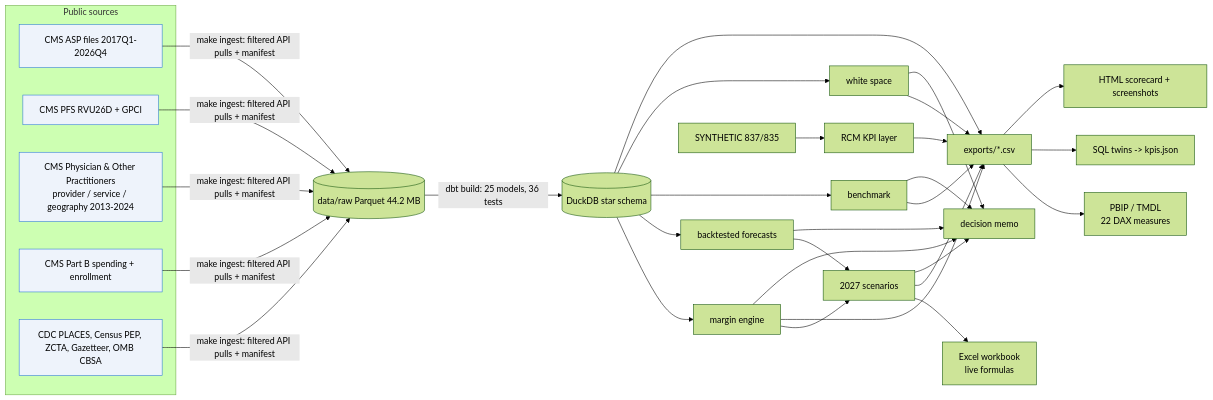
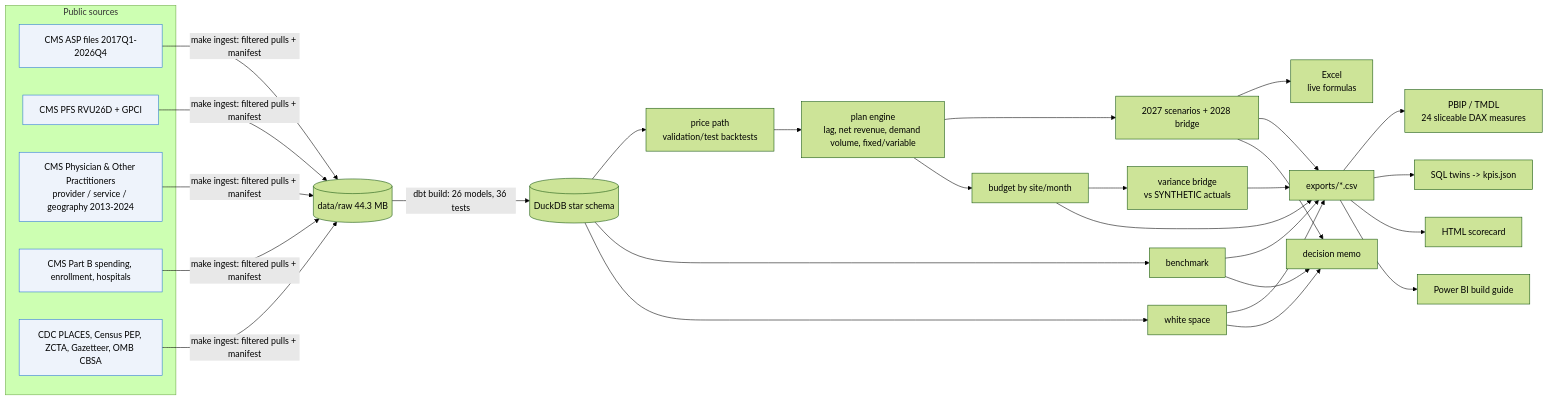
The diagram in README.md (TonyLee-99/specialty-infusion-fpa), drawn with Mermaid (forest theme) before and after one commit. The commit also changed other lines of this file and 20 other files, not shown here.

Commit message:
Exec layer v2: one 2027 price basis across memo, scorecard and README; memo recommendations re-derived (white bagging is the 2028 exposure; grow by patients; Northeast Ohio); budget-vs-actual page; monthly pack produces the variance pack

````diff
--- a/README.md
+++ b/README.md
@@ -96,20 +98,20 @@
 ```mermaid
 flowchart LR
   subgraph Public sources
     A[CMS ASP files 2017Q1-2026Q4]:::src
     B[CMS PFS RVU26D + GPCI]:::src
     C[CMS Physician & Other Practitioners<br/>provider / service / geography 2013-2024]:::src
-    D[CMS Part B spending + enrollment]:::src
+    D[CMS Part B spending, enrollment, hospitals]:::src
     E[CDC PLACES, Census PEP, ZCTA, Gazetteer, OMB CBSA]:::src
   end
-  A & B & C & D & E -->|make ingest: filtered API pulls + manifest| R[(data/raw Parquet 44.2 MB)]
-  R -->|dbt build: 25 models, 36 tests| W[(DuckDB star schema)]
-  W --> M[margin engine] --> S[2027 scenarios] --> X[Excel workbook<br/>live formulas]
-  W --> F[backtested forecasts] --> S
+  A & B & C & D & E -->|make ingest: filtered pulls + manifest| R[(data/raw 44.3 MB)]
+  R -->|dbt build: 26 models, 36 tests| W[(DuckDB star schema)]
+  W --> F[price path<br/>validation/test backtests] --> M[plan engine<br/>lag, net revenue, demand volume, fixed/variable]
+  M --> S[2027 scenarios + 2028 bridge] --> X[Excel<br/>live formulas]
+  M --> V[budget by site/month] --> VA[variance bridge<br/>vs SYNTHETIC actuals]
   W --> BM[benchmark] & MK[white space]
-  W & M & S & BM & MK --> EX[exports/*.csv] --> P[PBIP / TMDL<br/>22 DAX measures] & Q[SQL twins -> kpis.json]
-  EX --> H[HTML scorecard + screenshots]
-  M & S & F & BM & MK --> MEMO[decision memo]
-  SYN[SYNTHETIC 837/835] --> RCM[RCM KPI layer] --> EX
+  S & V & VA & BM & MK --> EX[exports/*.csv] --> P[PBIP / TMDL<br/>24 sliceable DAX measures] & Q[SQL twins -> kpis.json]
+  EX --> H[HTML scorecard] & G[Power BI build guide]
+  S & BM & MK --> MEMO[decision memo]
   classDef src fill:#eef3fb,stroke:#2a78d6
 ```
````
